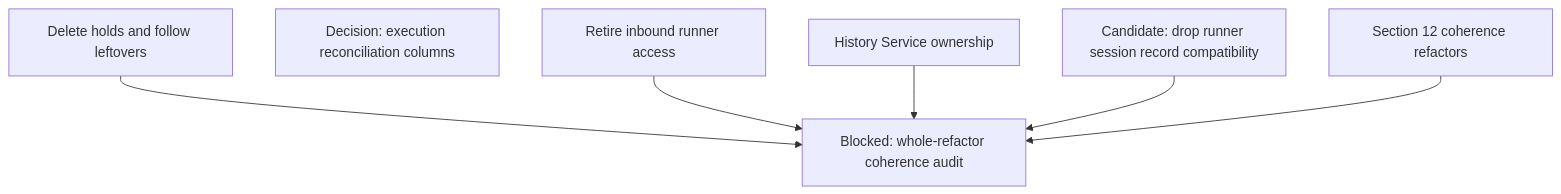
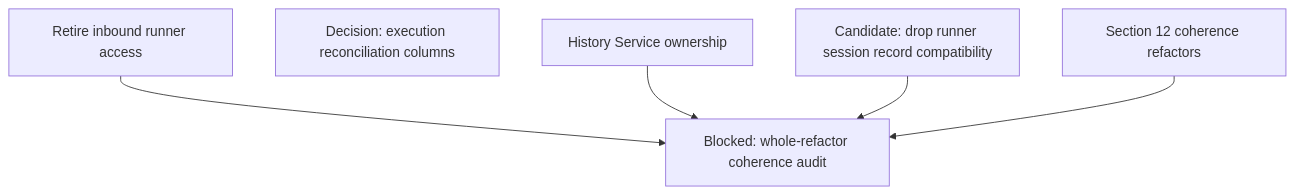
Diagram 11 of 13 in agentplane/plans/task_dag.md (agentydragon/ducktape), drawn with Mermaid before and after one commit. The commit also changed other lines of this file and 43 other files, not shown here.

First line of the commit message:
agentplane: delete retention holds and teardown's unpushed path (#10000)

````diff
--- a/agentplane/plans/task_dag.md
+++ b/agentplane/plans/task_dag.md
@@ -775,11 +775,10 @@
 ```mermaid
 flowchart TD
     RUNNER_SESSION_RECORD_SHIMS[Candidate: drop runner session record compatibility]
     ACTION_EXECUTION_AUDIT_TRIM[Decision: execution reconciliation columns]
     REFACTOR_COHERENCE_AUDIT[Blocked: whole-refactor coherence audit]
-    FOLLOW_PATH_RETIRE[Delete holds and follow leftovers] --> REFACTOR_COHERENCE_AUDIT
     RUNNER_INBOUND_RETIRE[Retire inbound runner access] --> REFACTOR_COHERENCE_AUDIT
     HISTORY_SERVICE_OWNERSHIP[History Service ownership] --> REFACTOR_COHERENCE_AUDIT
     RUNNER_SESSION_RECORD_SHIMS --> REFACTOR_COHERENCE_AUDIT
     COHERENCE_REFACTORS[Section 12 coherence refactors] --> REFACTOR_COHERENCE_AUDIT
 ```
````
